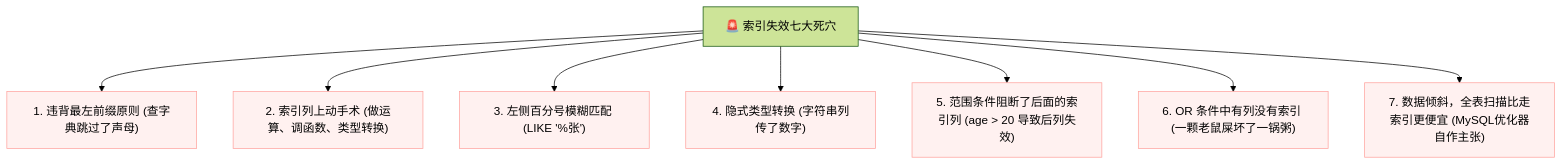
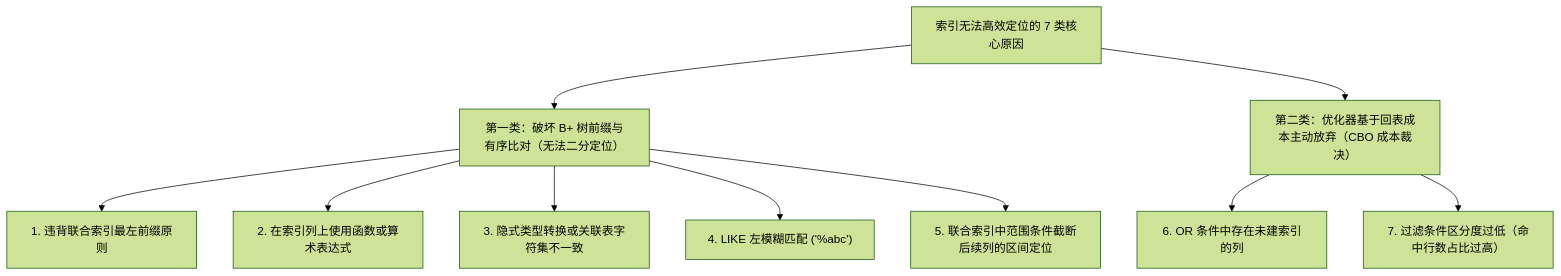
The third of 3 diagrams in 20-Java后端/05-数据库与存储/04-执行计划与SQL优化.md (GuoWWWX/knowledge-base), drawn with Mermaid (forest theme) before and after one commit. The commit also changed other lines of this file and 251 other files, not shown here.

````diff
--- a/20-Java后端/05-数据库与存储/04-执行计划与SQL优化.md
+++ b/20-Java后端/05-数据库与存储/04-执行计划与SQL优化.md
@@ -101,13 +93,15 @@
 ```mermaid
 flowchart TD
-    classDef pit fill:#fff1f0,stroke:#ffa39e,stroke-width:1px;
+    Root["索引无法高效定位的 7 类核心原因"]
+    Root --> G1["第一类：破坏 B+ 树前缀与有序比对（无法二分定位）"]
+    Root --> G2["第二类：优化器基于回表成本主动放弃（CBO 成本裁决）"]
 
-    Pits["🚨 索引失效七大死穴"]
-    Pits --> P1["1. 违背最左前缀原则 (查字典跳过了声母)"]:::pit
-    Pits --> P2["2. 索引列上动手术 (做运算、调函数、类型转换)"]:::pit
-    Pits --> P3["3. 左侧百分号模糊匹配 (LIKE '%张')"]:::pit
-    Pits --> P4["4. 隐式类型转换 (字符串列传了数字)"]:::pit
-    Pits --> P5["5. 范围条件阻断了后面的索引列 (age > 20 导致后列失效)"]:::pit
-    Pits --> P6["6. OR 条件中有列没有索引 (一颗老鼠屎坏了一锅粥)"]:::pit
-    Pits --> P7["7. 数据倾斜，全表扫描比走索引更便宜 (MySQL优化器自作主张)"]:::pit
+    G1 --> P1["1. 违背联合索引最左前缀原则"]
+    G1 --> P2["2. 在索引列上使用函数或算术表达式"]
+    G1 --> P3["3. 隐式类型转换或关联表字符集不一致"]
+    G1 --> P4["4. LIKE 左模糊匹配 ('%abc')"]
+    G1 --> P5["5. 联合索引中范围条件截断后续列的区间定位"]
+
+    G2 --> P6["6. OR 条件中存在未建索引的列"]
+    G2 --> P7["7. 过滤条件区分度过低（命中行数占比过高）"]
 ```
````
